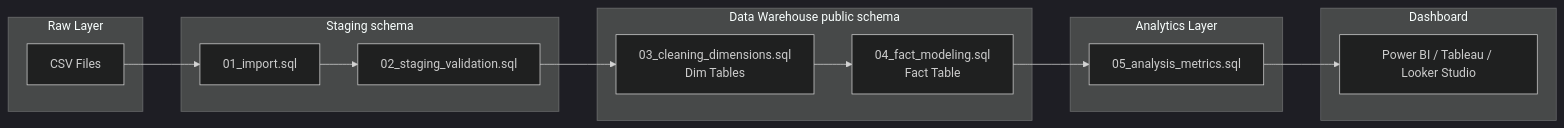
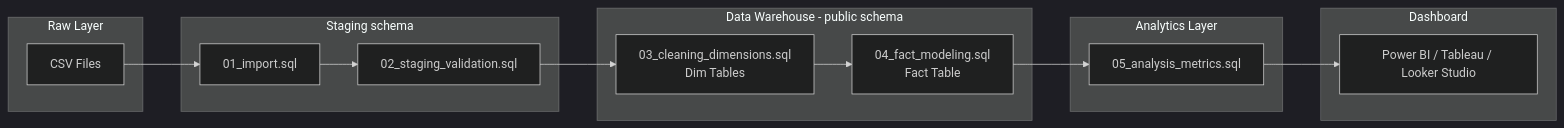
The second of 2 diagrams in README.md (yourvaiqbal/ecommerce-sql-analysis), drawn with Mermaid (dark theme) before and after one commit. The commit also changed other lines of this file, not shown here.

````diff
--- a/README.md
+++ b/README.md
@@ -212,27 +172,27 @@
 ```mermaid
 flowchart LR
 
     subgraph RAW_LAYER [Raw Layer]
         A[CSV Files]
     end
 
     subgraph STAGING_LAYER [Staging schema]
         B[01_import.sql]
         C[02_staging_validation.sql]
     end
 
-    subgraph WAREHOUSE_LAYER [Data Warehouse public schema]
+    subgraph WAREHOUSE_LAYER [Data Warehouse - public schema]
         D[03_cleaning_dimensions.sql\nDim Tables]
         E[04_fact_modeling.sql\nFact Table]
     end
 
     subgraph ANALYTICS_LAYER [Analytics Layer]
         F[05_analysis_metrics.sql]
     end
 
     subgraph BI_LAYER [Dashboard]
         G[Power BI / Tableau / Looker Studio]
     end
 
     A --> B --> C --> D --> E --> F --> G
 ```
````
